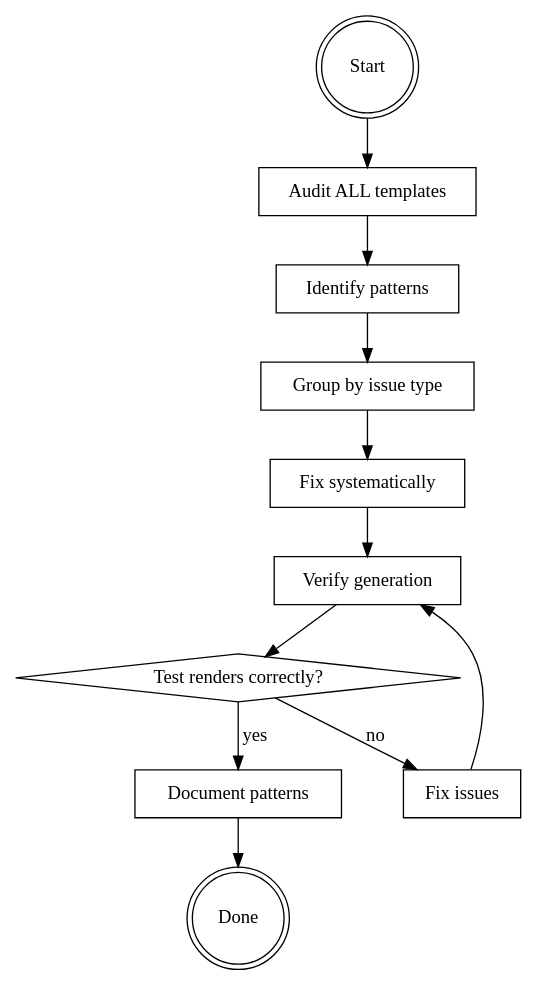
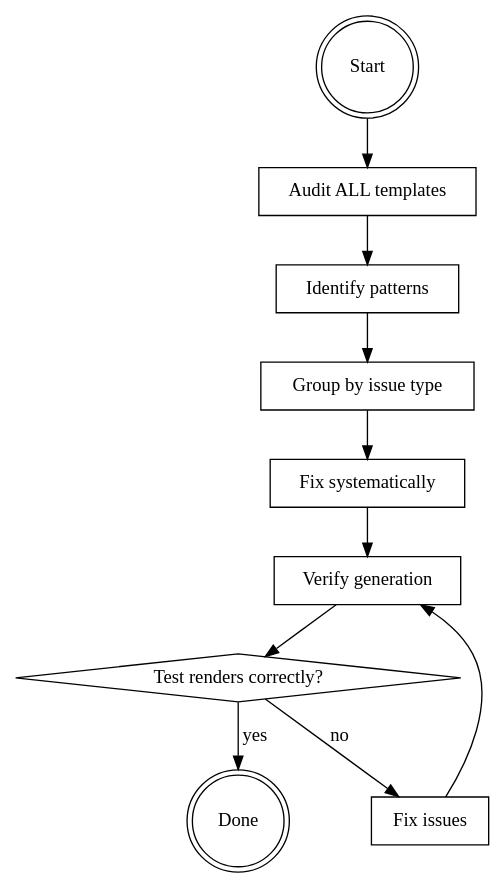
Before and after one commit to plvo/create-faster: the diagram in .claude/skills/fixing-templates/SKILL.md, drawn with Graphviz. The commit also changed other lines of this file and 7 other files, not shown here.

````diff
--- a/.claude/skills/fixing-templates/SKILL.md
+++ b/.claude/skills/fixing-templates/SKILL.md
@@ -74,25 +156,23 @@
 ```dot
 digraph fixing_templates {
     "Start" [shape=doublecircle];
     "Audit ALL templates" [shape=box];
     "Identify patterns" [shape=box];
     "Group by issue type" [shape=box];
     "Fix systematically" [shape=box];
     "Verify generation" [shape=box];
     "Test renders correctly?" [shape=diamond];
     "Fix issues" [shape=box];
-    "Document patterns" [shape=box];
     "Done" [shape=doublecircle];
 
     "Start" -> "Audit ALL templates";
     "Audit ALL templates" -> "Identify patterns";
     "Identify patterns" -> "Group by issue type";
     "Group by issue type" -> "Fix systematically";
     "Fix systematically" -> "Verify generation";
     "Verify generation" -> "Test renders correctly?";
-    "Test renders correctly?" -> "Document patterns" [label="yes"];
+    "Test renders correctly?" -> "Done" [label="yes"];
     "Test renders correctly?" -> "Fix issues" [label="no"];
     "Fix issues" -> "Verify generation";
-    "Document patterns" -> "Done";
 }
 ```
````
